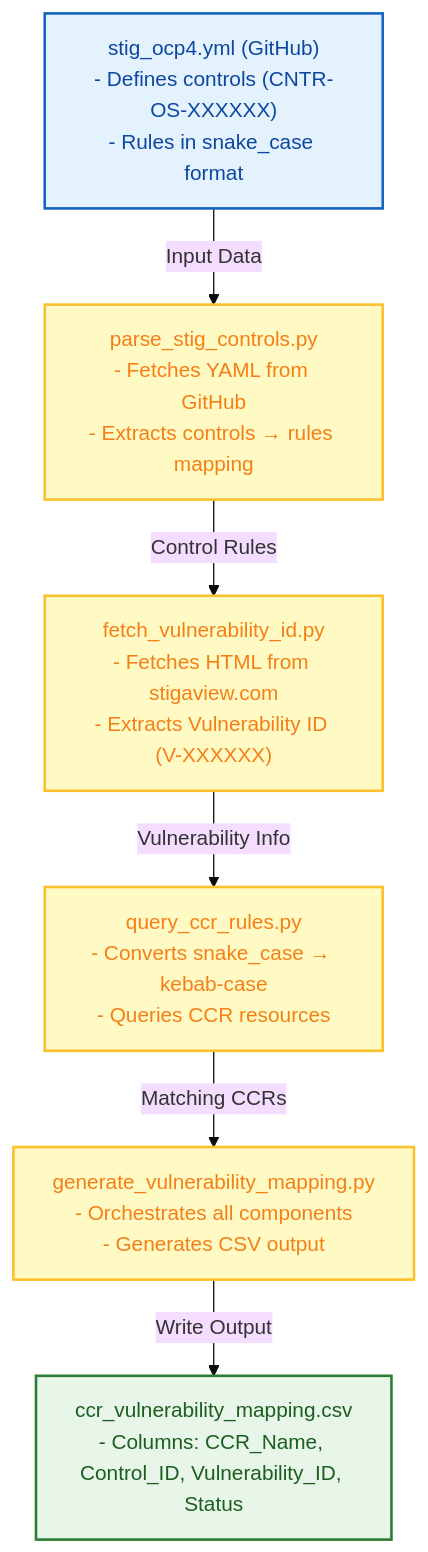
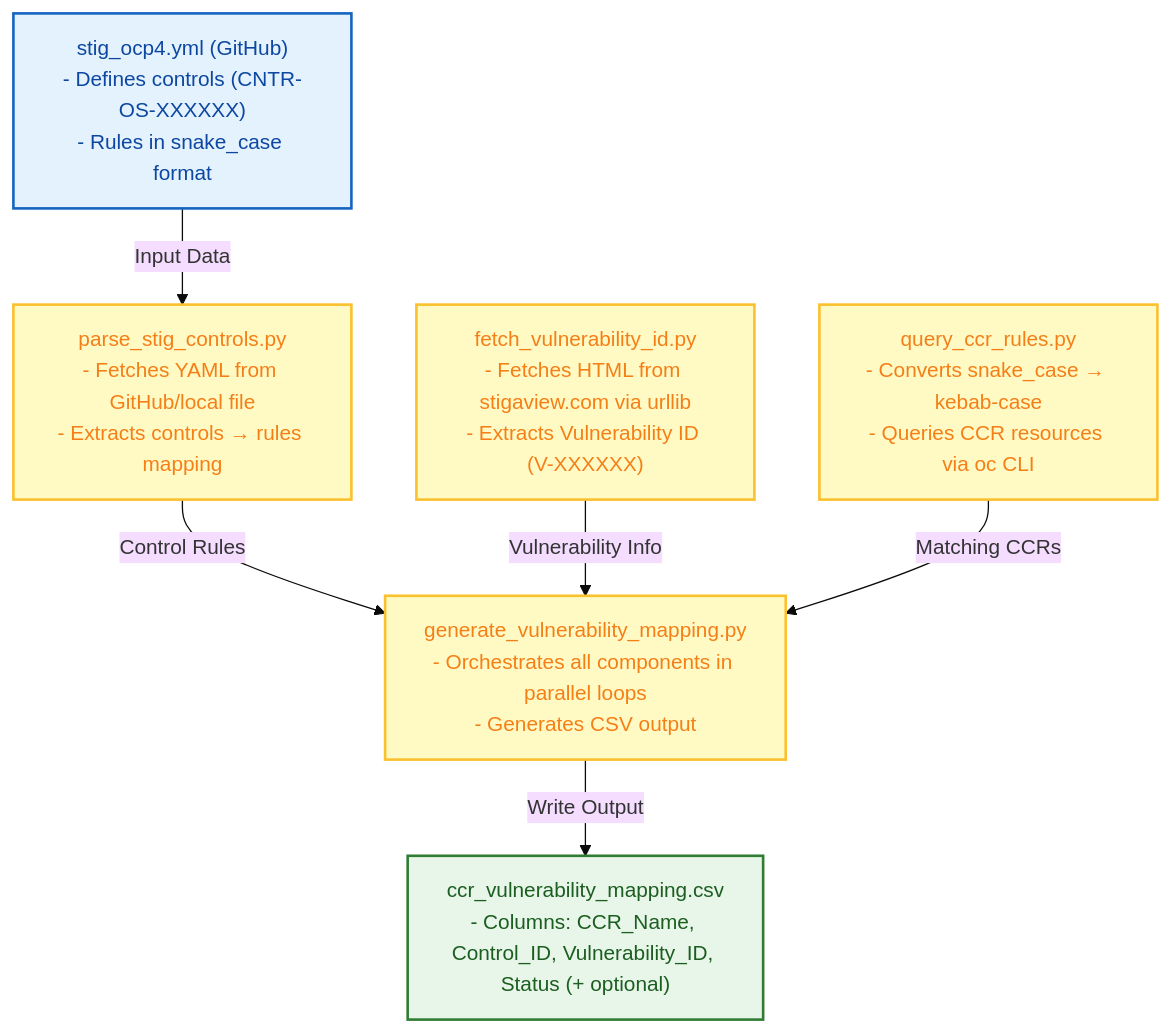
Before and after one commit to FlexibleToast/OCP-CCR-Mapping: the diagram in README.md, drawn with Mermaid (base theme). The commit also changed other lines of this file, not shown here.

````diff
--- a/README.md
+++ b/README.md
@@ -30,29 +30,29 @@
 ```mermaid
 flowchart TD
     %% Nodes
     A["stig_ocp4.yml (GitHub)<br/>- Defines controls (CNTR-OS-XXXXXX)<br/>- Rules in snake_case format"]
-    B["parse_stig_controls.py<br/>- Fetches YAML from GitHub<br/>- Extracts controls → rules mapping"]
-    C["fetch_vulnerability_id.py<br/>- Fetches HTML from stigaview.com<br/>- Extracts Vulnerability ID (V-XXXXXX)"]
-    D["query_ccr_rules.py<br/>- Converts snake_case → kebab-case<br/>- Queries CCR resources"]
-    E["generate_vulnerability_mapping.py<br/>- Orchestrates all components<br/>- Generates CSV output"]
-    F["ccr_vulnerability_mapping.csv<br/>- Columns: CCR_Name, Control_ID, Vulnerability_ID, Status"]
+    B["parse_stig_controls.py<br/>- Fetches YAML from GitHub/local file<br/>- Extracts controls → rules mapping"]
+    C["fetch_vulnerability_id.py<br/>- Fetches HTML from stigaview.com via urllib<br/>- Extracts Vulnerability ID (V-XXXXXX)"]
+    D["query_ccr_rules.py<br/>- Converts snake_case → kebab-case<br/>- Queries CCR resources via oc CLI"]
+    E["generate_vulnerability_mapping.py<br/>- Orchestrates all components in parallel loops<br/>- Generates CSV output"]
+    F["ccr_vulnerability_mapping.csv<br/>- Columns: CCR_Name, Control_ID, Vulnerability_ID, Status (+ optional)"]
 
     %% Connections
     A -->|Input Data| B
-    B -->|Control Rules| C
-    C -->|Vulnerability Info| D
+    B -->|Control Rules| E
+    C -->|Vulnerability Info| E
     D -->|Matching CCRs| E
     E -->|Write Output| F
 
     %% Styling
     classDef configFile fill:#e3f2fd,stroke:#1565c0,stroke-width:2px,color:#0d47a1;
     classDef pythonScript fill:#fff9c4,stroke:#fbc02d,stroke-width:2px,color:#f57f17;
     classDef outputFile fill:#e8f5e9,stroke:#2e7d32,stroke-width:2px,color:#1b5e20;
 
     class A configFile
     class B pythonScript
     class C pythonScript
     class D pythonScript
     class E pythonScript
     class F outputFile
 ```
````
